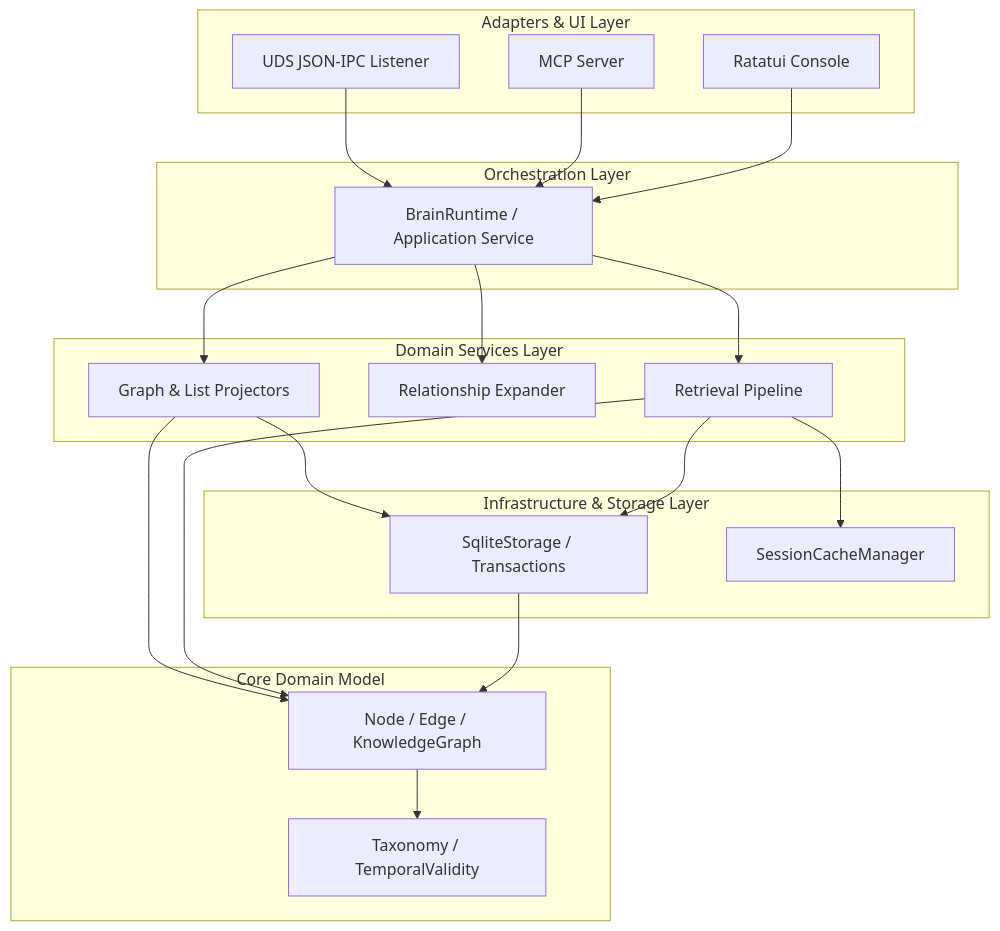
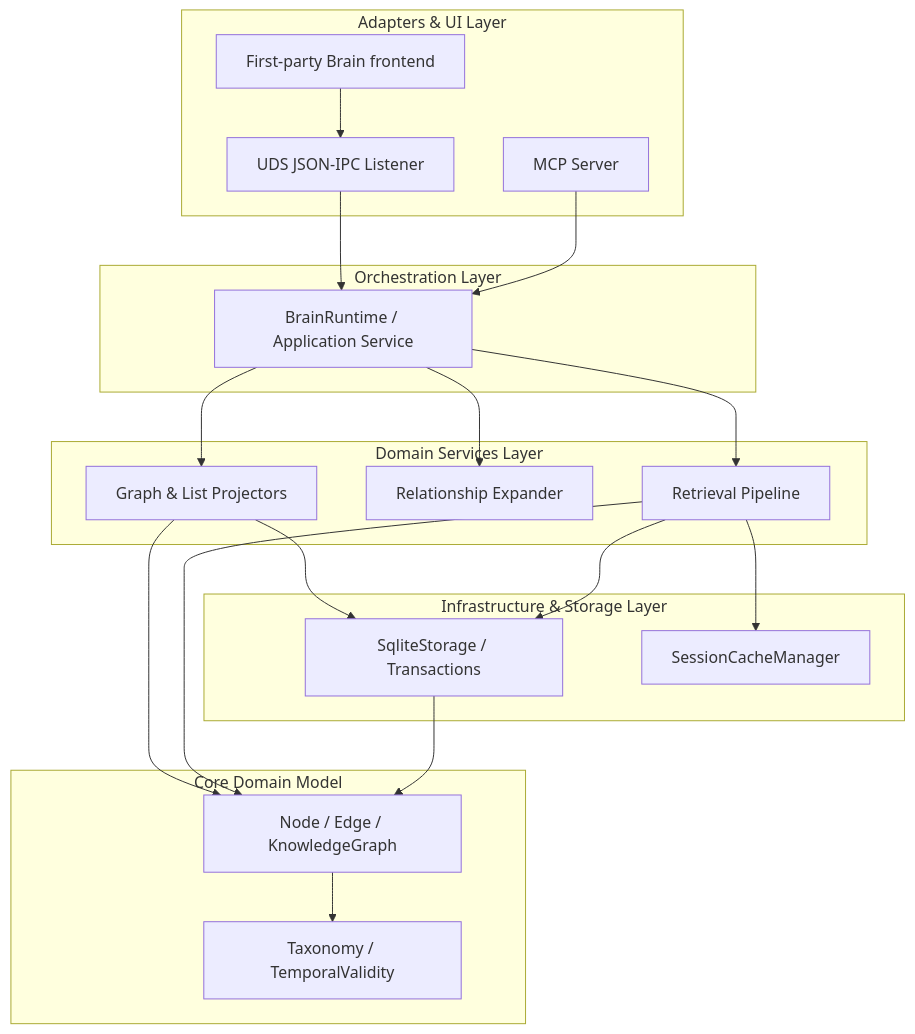
Before and after one commit to ritikpathania/brain: the first of 6 diagrams in docs/architecture/data-flow.md, drawn with Mermaid. The commit also changed other lines of this file and 230 other files, not shown here.

````diff
--- a/docs/architecture/data-flow.md
+++ b/docs/architecture/data-flow.md
@@ -20,46 +20,46 @@
 ```mermaid
 graph TD
     subgraph Layer1 [Adapters & UI Layer]
-        TUI[Ratatui Console]
+        TUI[First-party Brain frontend]
         MCP[MCP Server]
         UDS[UDS JSON-IPC Listener]
     end
 
     subgraph Layer2 [Orchestration Layer]
         App[BrainRuntime / Application Service]
     end
 
     subgraph Layer3 [Domain Services Layer]
         Pipeline[Retrieval Pipeline]
         Expander[Relationship Expander]
         Projectors[Graph & List Projectors]
     end
 
     subgraph Layer4 [Infrastructure & Storage Layer]
         Sqlite[SqliteStorage / Transactions]
         Cache[SessionCacheManager]
     end
 
     subgraph Layer5 [Core Domain Model]
         DomainEntities[Node / Edge / KnowledgeGraph]
         DomainInvariants[Taxonomy / TemporalValidity]
     end
 
     %% Flow Directions
-    TUI --> App
+    TUI --> UDS
     MCP --> App
     UDS --> App
     
     App --> Pipeline
     App --> Expander
     App --> Projectors
     
     Pipeline --> Sqlite
     Pipeline --> Cache
     Projectors --> Sqlite
     
     Sqlite --> DomainEntities
     Pipeline --> DomainEntities
     Projectors --> DomainEntities
     DomainEntities --> DomainInvariants
 ```
````
